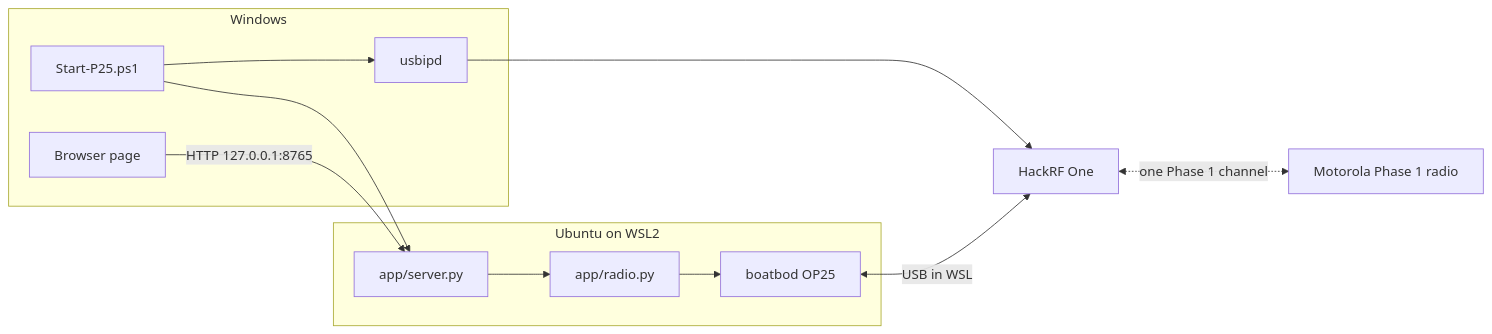
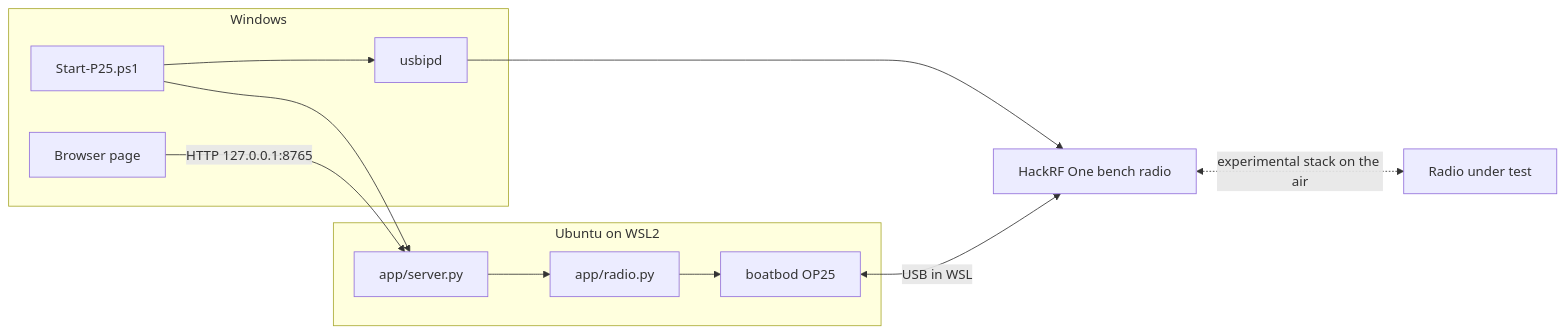
One commit to tmdrake/jim-p25 changed the third of 8 diagrams in README.md. Above: the diagram before and after it, drawn with Mermaid. The commit also changed other lines of this file and 4 other files, not shown here.

First line of the commit message:
State the goal as a HackRF One bench radio for experimental stacks.

````diff
--- a/README.md
+++ b/README.md
@@ -110,24 +113,24 @@
 ```mermaid
 flowchart LR
     subgraph win [Windows]
         browser[Browser page]
         launcher[Start-P25.ps1]
         usbipd[usbipd]
     end
     subgraph wsl [Ubuntu on WSL2]
         server[app/server.py]
         radio[app/radio.py]
         op25[boatbod OP25]
     end
-    hackrf[HackRF One]
-    moto[Motorola Phase 1 radio]
+    hackrf[HackRF One bench radio]
+    other[Radio under test]
 
     launcher --> usbipd
     usbipd --> hackrf
     launcher --> server
     browser -->|HTTP 127.0.0.1:8765| server
     server --> radio
     radio --> op25
     op25 <-->|USB in WSL| hackrf
-    hackrf <-.->|one Phase 1 channel| moto
+    hackrf <-.->|experimental stack on the air| other
 ```
````
